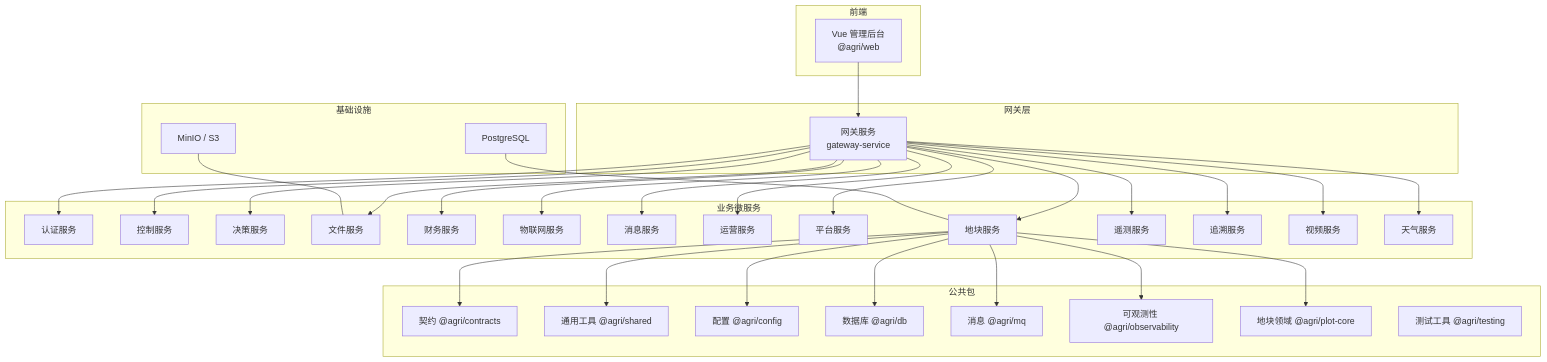
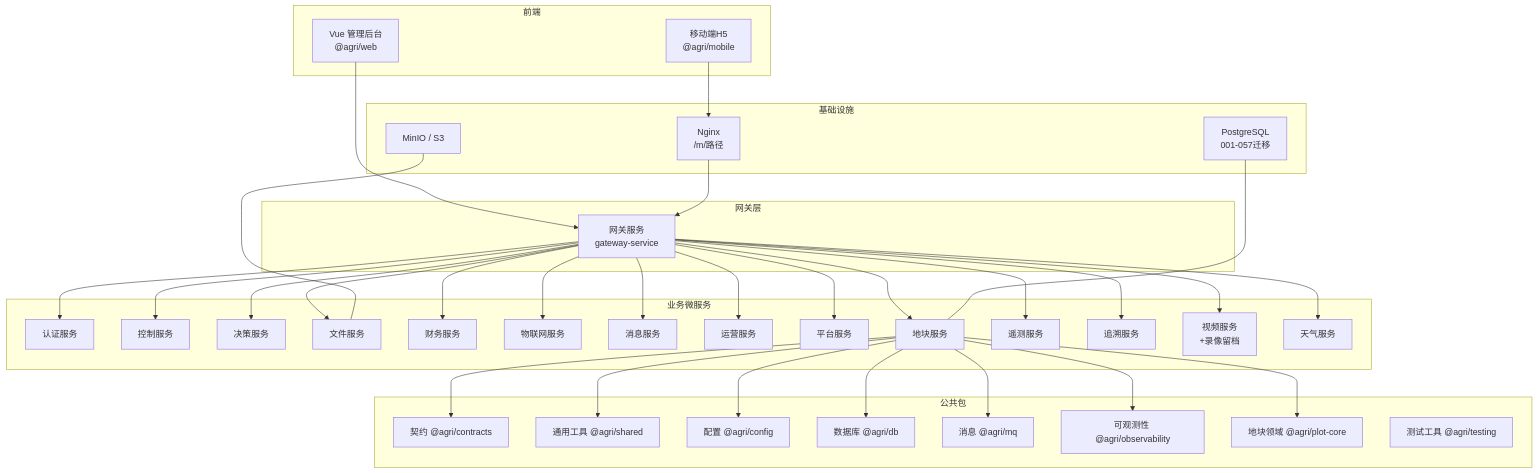
Before and after one commit to q446328246/agri-platform: the third of 12 diagrams in .qoder/repowiki/zh/content/项目概述/项目概述.md, drawn with Mermaid. The commit also changed other lines of this file and 4 other files, not shown here.

````diff
--- a/.qoder/repowiki/zh/content/项目概述/项目概述.md
+++ b/.qoder/repowiki/zh/content/项目概述/项目概述.md
@@ -156,63 +190,67 @@
 ```mermaid
 graph TB
 subgraph "前端"
 Web["Vue 管理后台<br/>@agri/web"]
+Mobile["移动端H5<br/>@agri/mobile"]
 end
 subgraph "网关层"
 Gateway["网关服务<br/>gateway-service"]
 end
 subgraph "业务微服务"
 Auth["认证服务"]
 Control["控制服务"]
 Decision["决策服务"]
 FileSvc["文件服务"]
 Finance["财务服务"]
 Iot["物联网服务"]
 Message["消息服务"]
 Operation["运营服务"]
 Platform["平台服务"]
 Plot["地块服务"]
 Telemetry["遥测服务"]
 Trace["追溯服务"]
-Video["视频服务"]
+Video["视频服务<br/>+录像留档"]
 Weather["天气服务"]
 end
 subgraph "公共包"
 Contracts["契约 @agri/contracts"]
 Shared["通用工具 @agri/shared"]
 Config["配置 @agri/config"]
 Db["数据库 @agri/db"]
 Mq["消息 @agri/mq"]
 Observability["可观测性 @agri/observability"]
 PlotCore["地块领域 @agri/plot-core"]
 Testing["测试工具 @agri/testing"]
 end
 subgraph "基础设施"
-Postgres["PostgreSQL"]
+Postgres["PostgreSQL<br/>001-057迁移"]
 MinIO["MinIO / S3"]
+Nginx["Nginx<br/>/m/路径"]
 end
 Web --> Gateway
+Mobile --> Nginx
+Nginx --> Gateway
 Gateway --> Auth
 Gateway --> Control
 Gateway --> Decision
 Gateway --> FileSvc
 Gateway --> Finance
 Gateway --> Iot
 Gateway --> Message
 Gateway --> Operation
 Gateway --> Platform
 Gateway --> Plot
 Gateway --> Telemetry
 Gateway --> Trace
 Gateway --> Video
 Gateway --> Weather
 Plot --> Contracts
 Plot --> Shared
 Plot --> Config
 Plot --> Db
 Plot --> Mq
 Plot --> Observability
 Plot --> PlotCore
 Postgres --- Plot
 MinIO --- FileSvc
 ```
````
